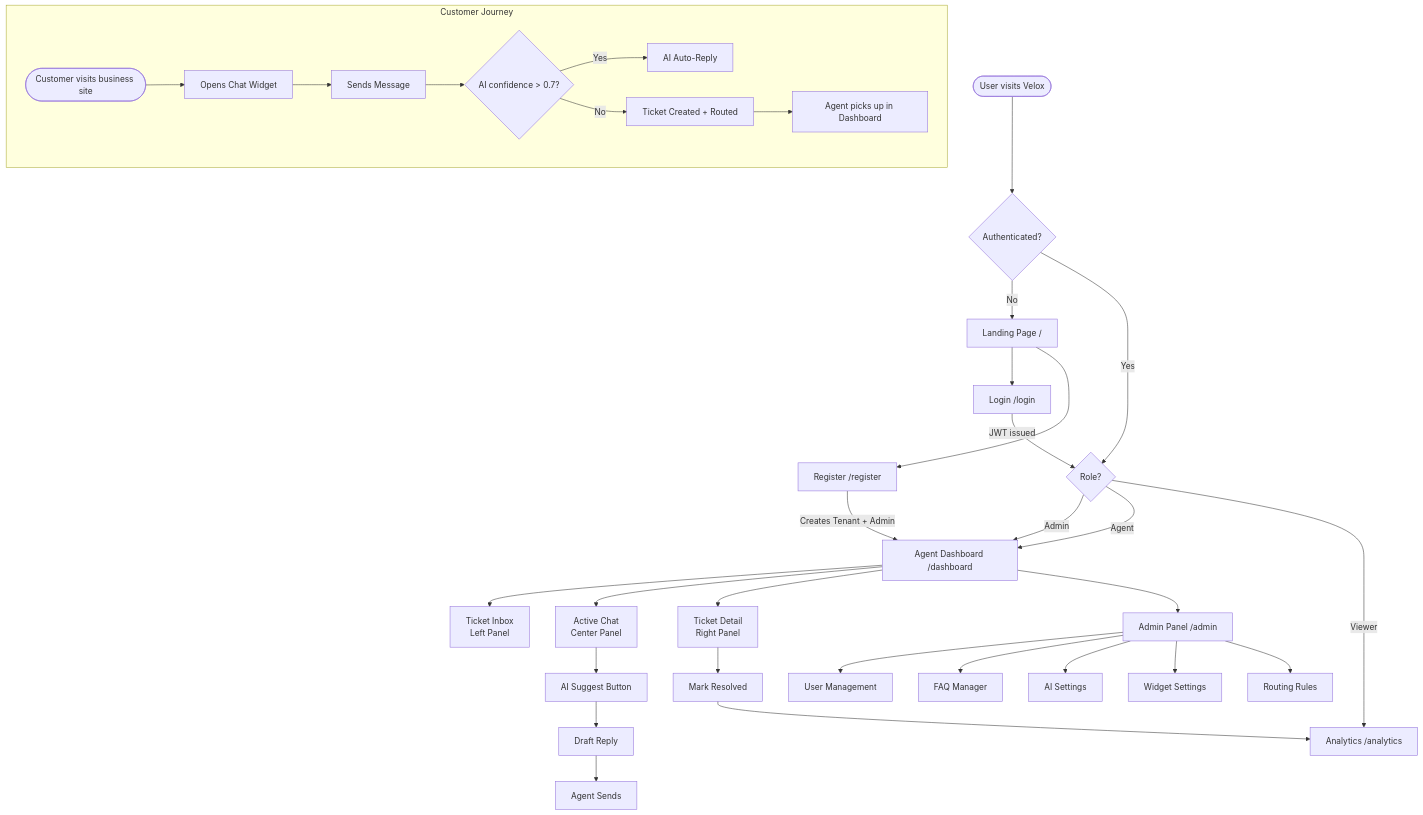
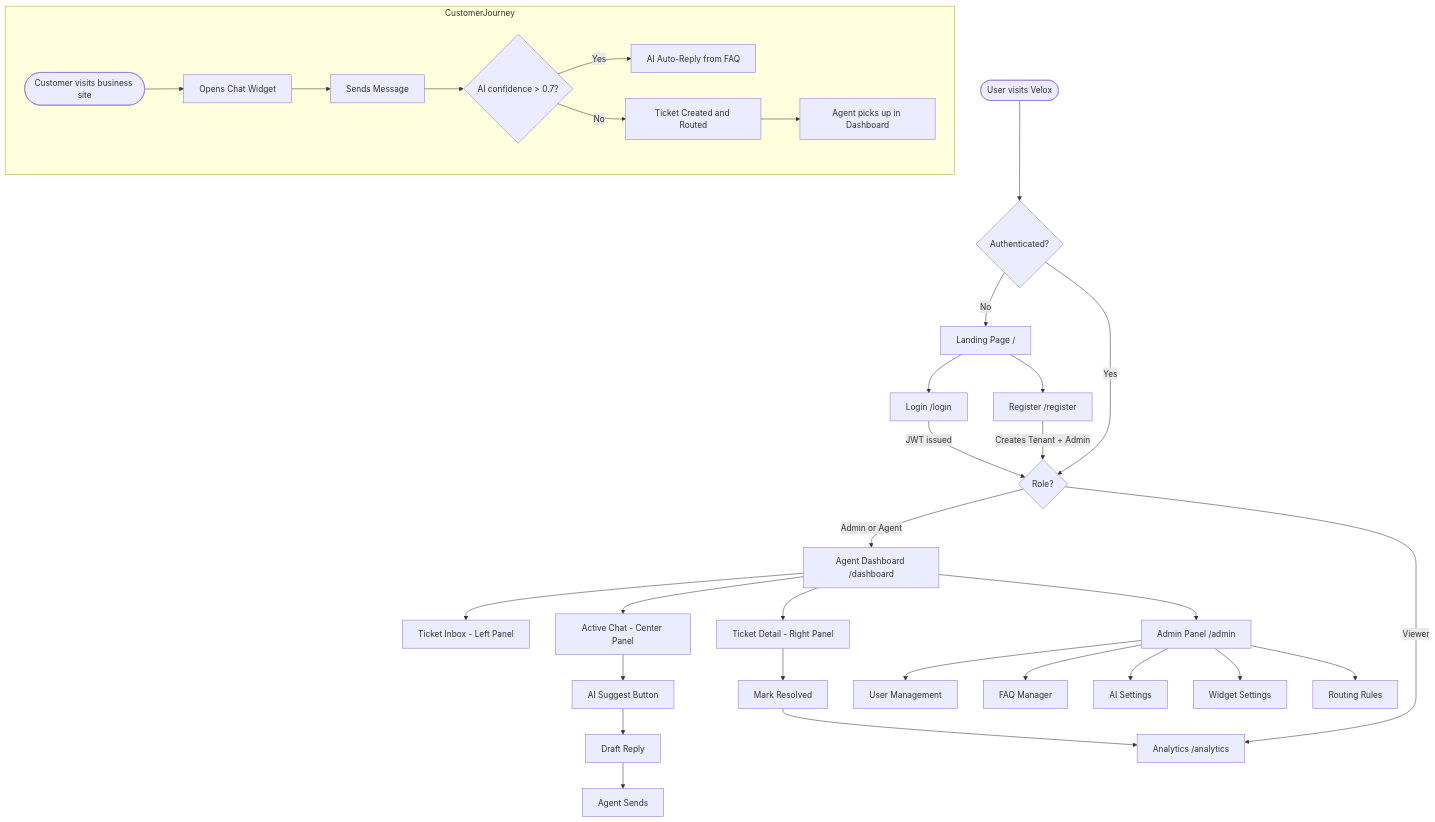
Before and after one commit to Akshvt/Velox: the first of 2 diagrams in VELOX-IMPLEMENTATION-PLAN.md, drawn with Mermaid. The commit also changed other lines of this file and 4 other files, not shown here.

Commit message:
docs: clean UTF-8 plan with colorful PNG diagrams (architecture, ERD, AI flow, ticket lifecycle)

````diff
--- a/VELOX-IMPLEMENTATION-PLAN.md
+++ b/VELOX-IMPLEMENTATION-PLAN.md
@@ -71,43 +36,34 @@
 ```mermaid
 flowchart TD
     Start([User visits Velox]) --> IsAuth{Authenticated?}
-
     IsAuth -->|No| Landing[Landing Page /]
     Landing --> Login[Login /login]
     Landing --> Register[Register /register]
-    Register -->|Creates Tenant + Admin| Dashboard
+    Register -->|Creates Tenant + Admin| RoleCheck
     Login -->|JWT issued| RoleCheck{Role?}
-
     IsAuth -->|Yes| RoleCheck
-
-    RoleCheck -->|Admin| Dashboard[Agent Dashboard /dashboard]
-    RoleCheck -->|Agent| Dashboard
+    RoleCheck -->|Admin or Agent| Dashboard[Agent Dashboard /dashboard]
     RoleCheck -->|Viewer| Analytics[Analytics /analytics]
-
-    Dashboard --> Inbox[Ticket Inbox<br/>Left Panel]
-    Dashboard --> Chat[Active Chat<br/>Center Panel]
-    Dashboard --> Detail[Ticket Detail<br/>Right Panel]
-
+    Dashboard --> Inbox[Ticket Inbox - Left Panel]
+    Dashboard --> Chat[Active Chat - Center Panel]
+    Dashboard --> Detail[Ticket Detail - Right Panel]
     Chat --> AISuggest[AI Suggest Button]
     AISuggest --> Draft[Draft Reply]
     Draft --> Send[Agent Sends]
-
     Detail --> Resolve[Mark Resolved]
     Resolve --> Analytics
-
     Dashboard --> Admin[Admin Panel /admin]
     Admin --> Users[User Management]
     Admin --> FAQs[FAQ Manager]
     Admin --> AIConfig[AI Settings]
     Admin --> Widget[Widget Settings]
     Admin --> Routing[Routing Rules]
-
-    subgraph Customer Journey
+    subgraph CustomerJourney
         EmbedWidget([Customer visits business site]) --> OpenWidget[Opens Chat Widget]
         OpenWidget --> SendMsg[Sends Message]
         SendMsg --> AIReply{AI confidence > 0.7?}
-        AIReply -->|Yes| AutoReply[AI Auto-Reply]
-        AIReply -->|No| CreateTicket[Ticket Created + Routed]
+        AIReply -->|Yes| AutoReply[AI Auto-Reply from FAQ]
+        AIReply -->|No| CreateTicket[Ticket Created and Routed]
         CreateTicket --> AgentPick[Agent picks up in Dashboard]
     end
 ```
````
